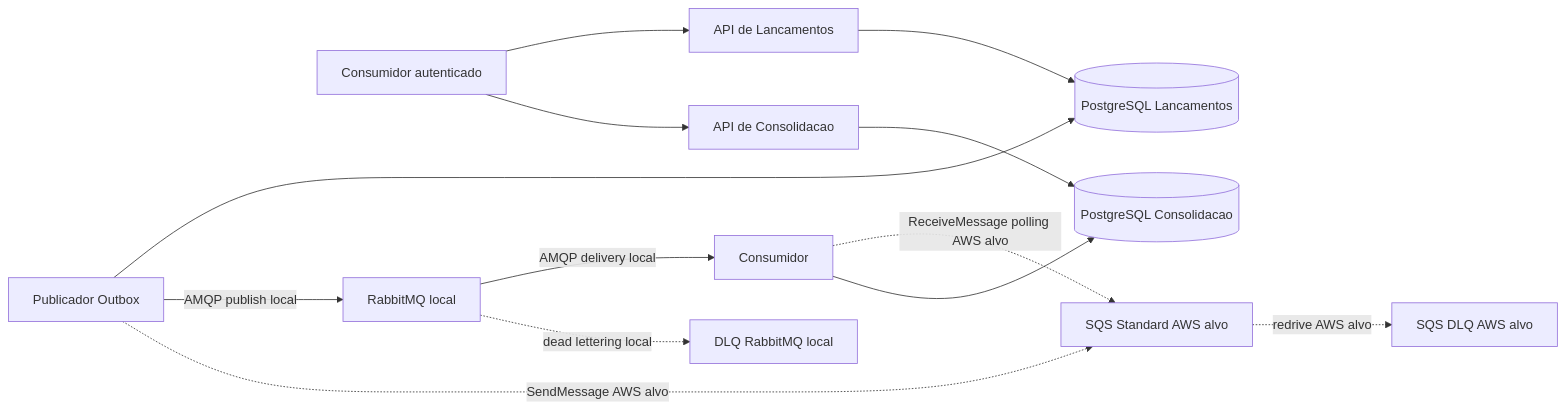
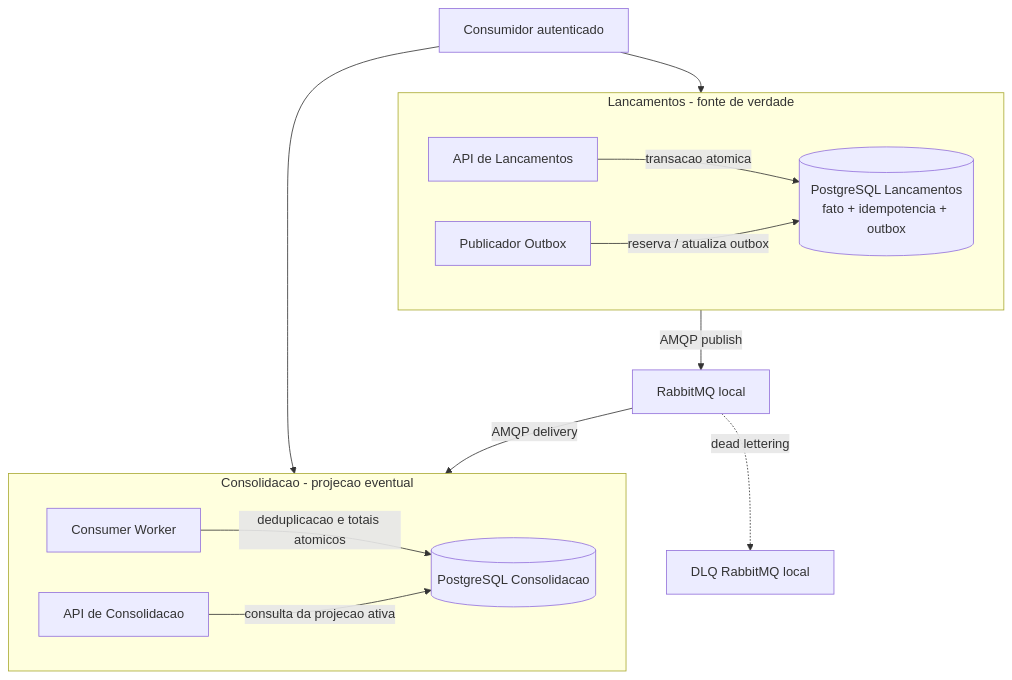
One commit to ThiagoFerraciolli/cash-flow-architecture changed the first of 2 diagrams in docs/03-arquitetura-solucao/das.md. Above: the diagram before and after it, drawn with Mermaid. The commit also changed other lines of this file, not shown here.

Commit message:
docs: separar fluxo local e mensageria AWS alvo no DAS

````diff
--- a/docs/03-arquitetura-solucao/das.md
+++ b/docs/03-arquitetura-solucao/das.md
@@ -21,15 +23,30 @@
 ```mermaid
-flowchart LR
-    U[Consumidor autenticado] --> TA[API de Lancamentos]
-    TA --> TDB[(PostgreSQL Lancamentos)]
-    TW[Publicador Outbox] --> TDB
-    TW -->|AMQP publish local| RQ[RabbitMQ local]
-    RQ -->|AMQP delivery local| CW[Consumidor]
-    TW -. "SendMessage AWS alvo" .-> SQ["SQS Standard AWS alvo"]
-    CW -. "ReceiveMessage polling AWS alvo" .-> SQ
-    CW --> CDB[(PostgreSQL Consolidacao)]
-    U --> CA[API de Consolidacao]
-    CA --> CDB
-    RQ -. "dead lettering local" .-> RD["DLQ RabbitMQ local"]
-    SQ -. "redrive AWS alvo" .-> SD["SQS DLQ AWS alvo"]
+flowchart TB
+    U["Consumidor autenticado"]
+    subgraph LAN["Lancamentos - fonte de verdade"]
+      direction LR
+      TA["API de Lancamentos"]
+      TDB[("PostgreSQL Lancamentos<br/>fato + idempotencia + outbox")]
+      TW["Publicador Outbox"]
+      TA -->|"transacao atomica"| TDB
+      TW -->|"reserva / atualiza outbox"| TDB
+    end
+
+    RQ["RabbitMQ local"]
+    RD["DLQ RabbitMQ local"]
+
+    subgraph CON["Consolidacao - projecao eventual"]
+      direction LR
+      CW["Consumer Worker"]
+      CDB[("PostgreSQL Consolidacao")]
+      CA["API de Consolidacao"]
+      CW -->|"deduplicacao e totais atomicos"| CDB
+      CA -->|"consulta da projecao ativa"| CDB
+    end
+
+    U --> TA
+    U --> CA
+    TW -->|"AMQP publish"| RQ
+    RQ -->|"AMQP delivery"| CW
+    RQ -. "dead lettering" .-> RD
 ```
````
